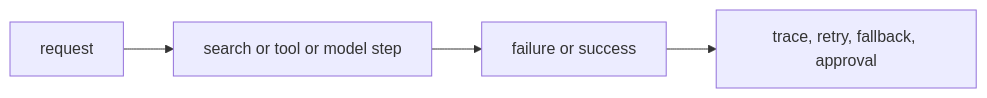
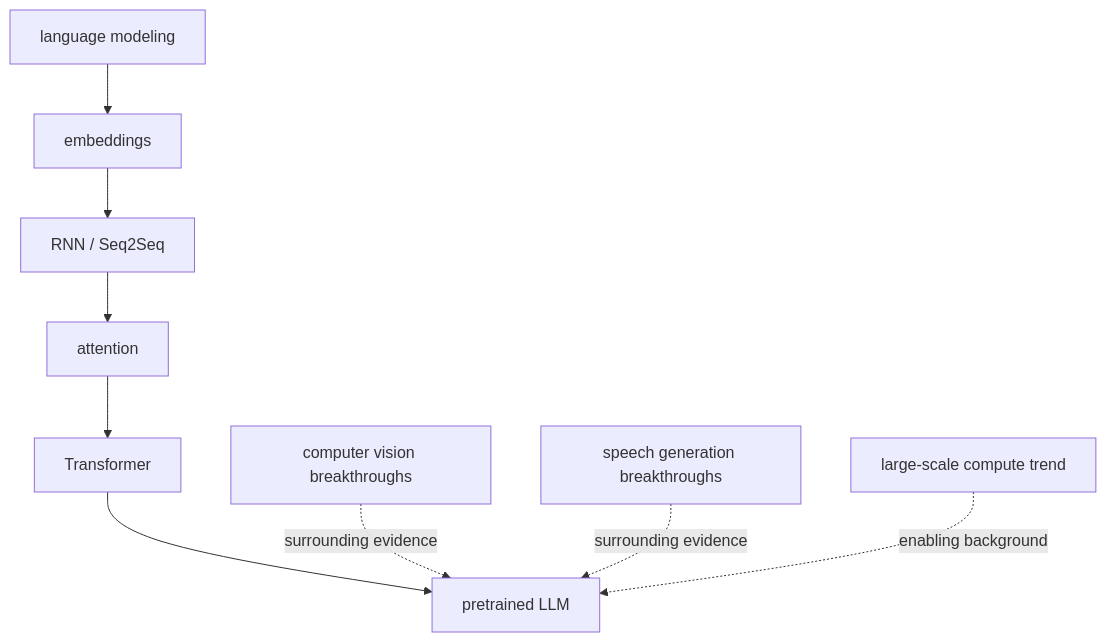
The diagram in docs/parts/part-05/chapter-18/section-02.md (devchan64/AiBook), drawn with Mermaid before and after one commit. The commit also changed other lines of this file and 47 other files, not shown here.

````diff
--- a/docs/parts/part-05/chapter-18/section-02.md
+++ b/docs/parts/part-05/chapter-18/section-02.md
@@ -147,9 +129,18 @@
 ```mermaid
-flowchart LR
-  A["request"]
-  B["search or tool or model step"]
-  C["failure or success"]
-  D["trace, retry, fallback, approval"]
+flowchart TD
+  A["language modeling"]
+  B["embeddings"]
+  C["RNN / Seq2Seq"]
+  D["attention"]
+  E["Transformer"]
+  F["pretrained LLM"]
 
-  A --> B --> C --> D
+  G["computer vision breakthroughs"]
+  H["speech generation breakthroughs"]
+  I["large-scale compute trend"]
+
+  A --> B --> C --> D --> E --> F
+  G -. surrounding evidence .-> F
+  H -. surrounding evidence .-> F
+  I -. enabling background .-> F
 ```
````
